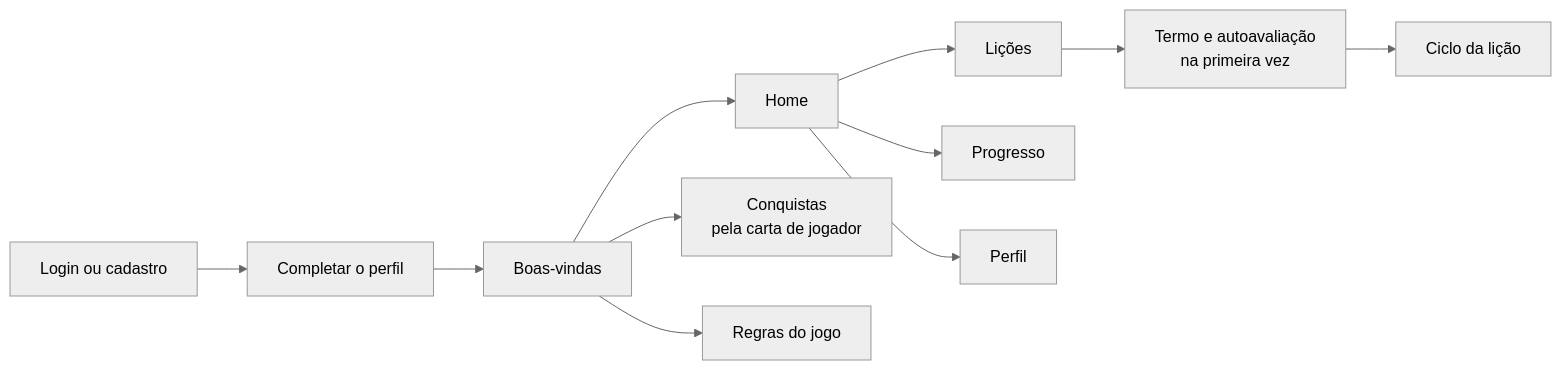
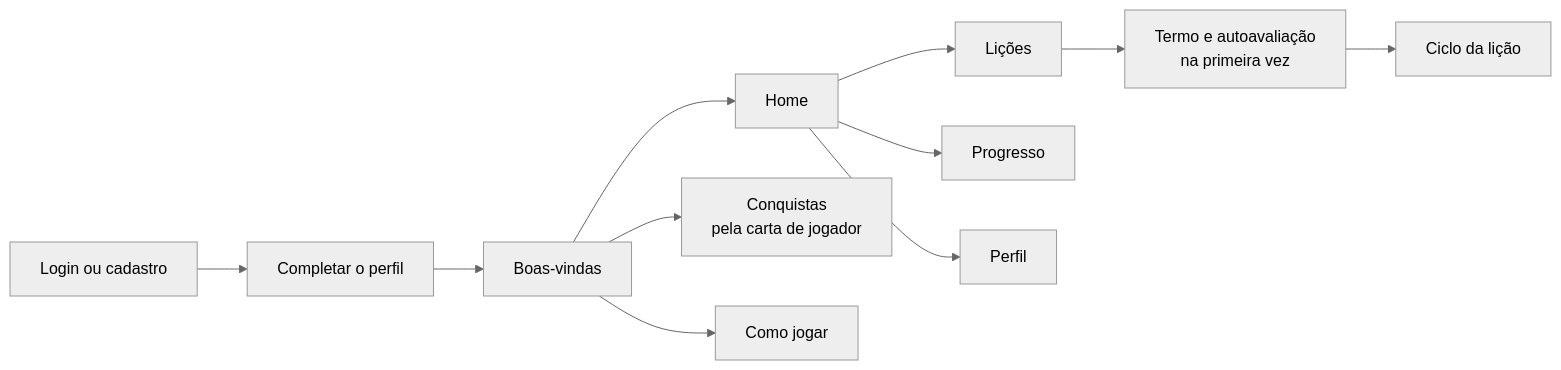
One commit to Tiagopbc/App_MobileBuilders_Maragames changed the first of 3 diagrams in docs/arquitetura.md. Above: the diagram before and after it, drawn with Mermaid (neutral theme). The commit also changed other lines of this file and 11 other files, not shown here.

Commit message:
Boas-vindas com a carta em destaque, convite para o Como jogar e botão ? depois da primeira lição

````diff
--- a/docs/arquitetura.md
+++ b/docs/arquitetura.md
@@ -9,10 +9,10 @@
 ```mermaid
 flowchart LR
     L["Login ou cadastro"] --> P["Completar o perfil"] --> B["Boas-vindas"] --> H["Home"]
     B --> CJ["Conquistas<br/>pela carta de jogador"]
-    B --> RG["Regras do jogo"]
+    B --> RG["Como jogar"]
     H --> LI["Lições"]
     H --> PR["Progresso"]
     H --> PE["Perfil"]
     LI --> T["Termo e autoavaliação<br/>na primeira vez"] --> CI["Ciclo da lição"]
 ```
````
